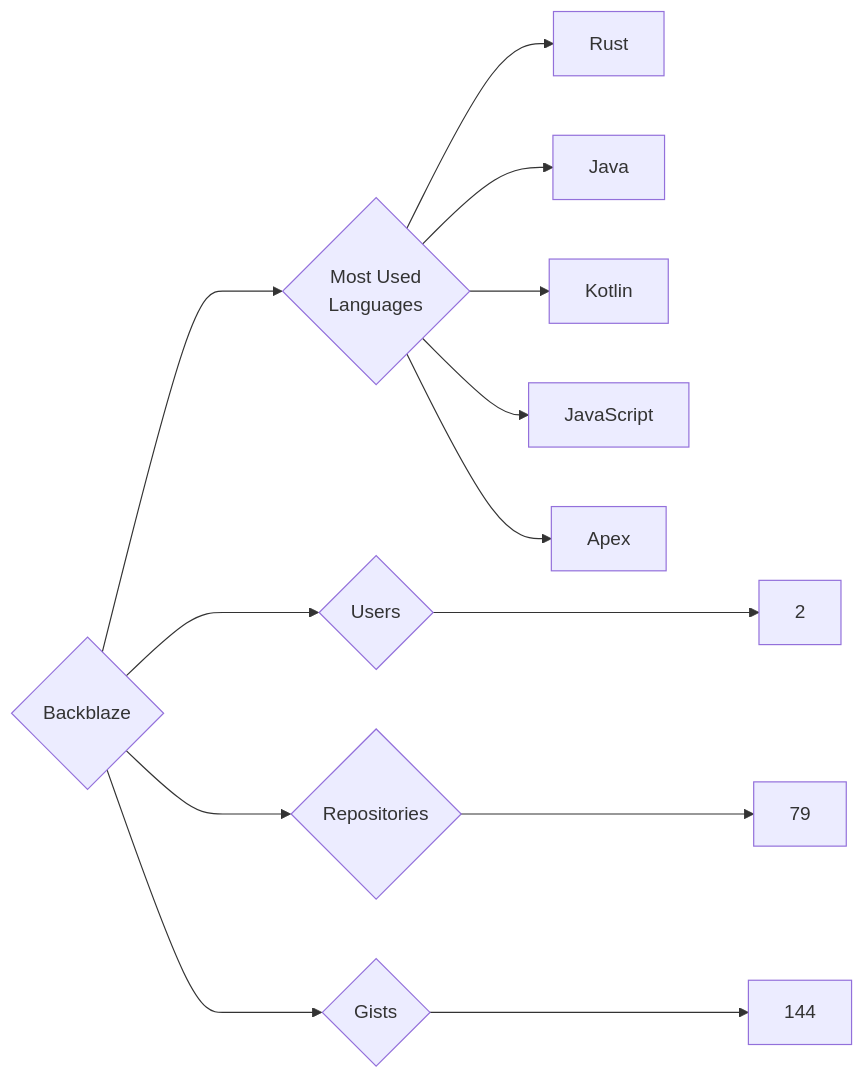
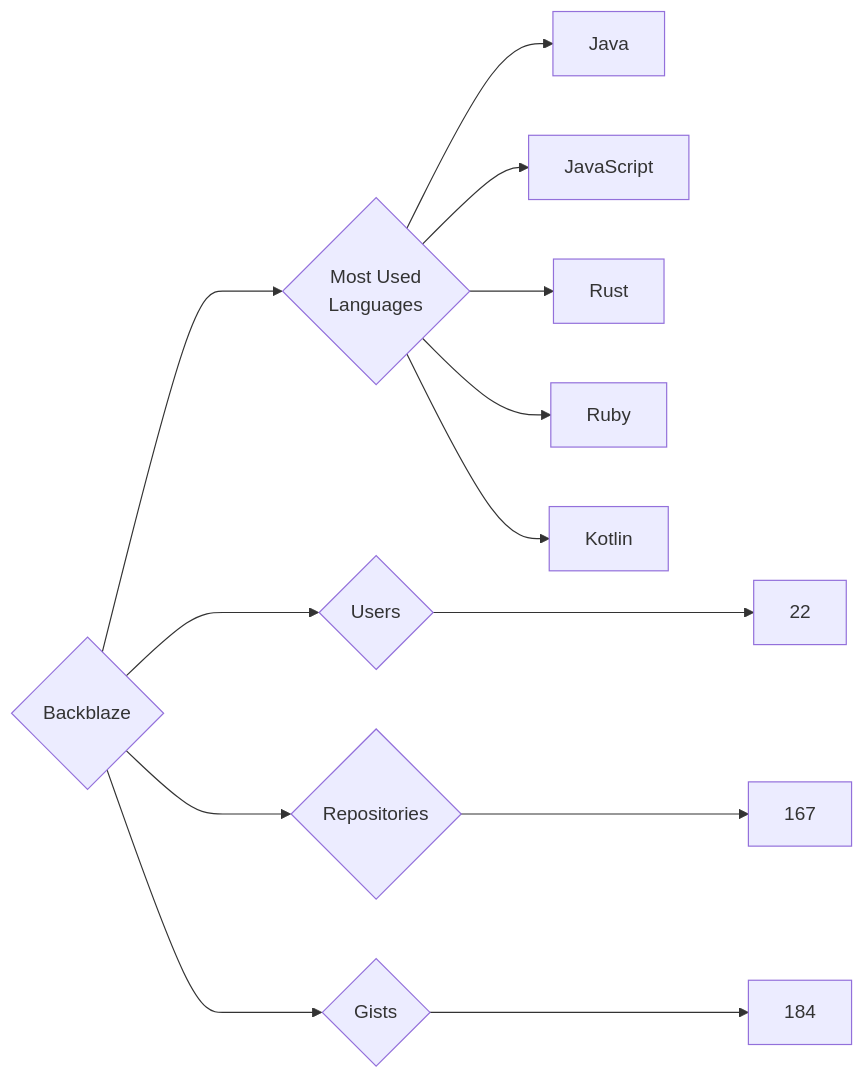
Before and after one commit to trickest/insiders: the diagram in targets/Backblaze/README.md, drawn with Mermaid. The commit also changed 786 other files, not shown here.

````diff
--- a/targets/Backblaze/README.md
+++ b/targets/Backblaze/README.md
@@ -3,13 +3,13 @@
 ```mermaid
 graph LR
 COMPANY_NAME{Backblaze}
-COMPANY_NAME ---> U{Users} ---> UN[2]
-COMPANY_NAME ---> R{Repositories} ---> RN[79]
-COMPANY_NAME ---> G{Gists} ---> GN[144]
+COMPANY_NAME ---> U{Users} ---> UN[22]
+COMPANY_NAME ---> R{Repositories} ---> RN[167]
+COMPANY_NAME ---> G{Gists} ---> GN[184]
 COMPANY_NAME ---> ML{Most Used<br>Languages}
+ML --> Java[Java]
+ML --> JavaScript[JavaScript]
 ML --> Rust[Rust]
-ML --> Java[Java]
+ML --> Ruby[Ruby]
 ML --> Kotlin[Kotlin]
-ML --> JavaScript[JavaScript]
-ML --> Apex[Apex]
 ```
````
